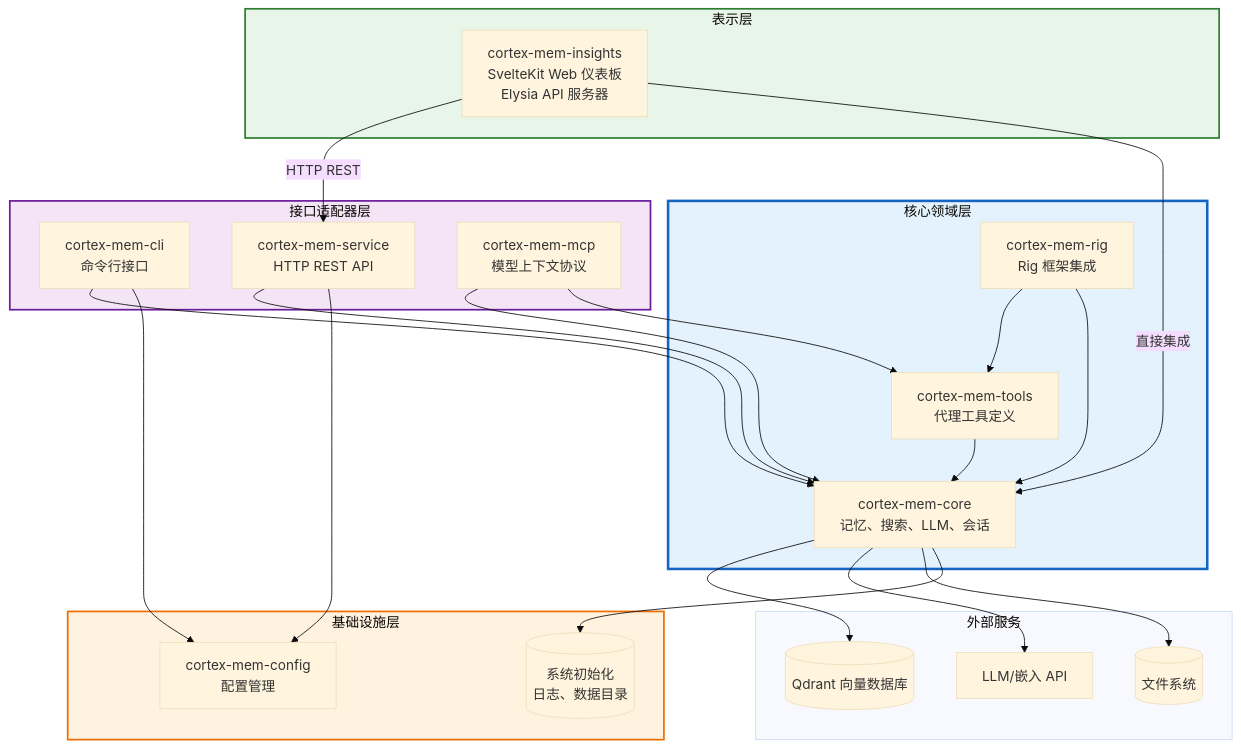
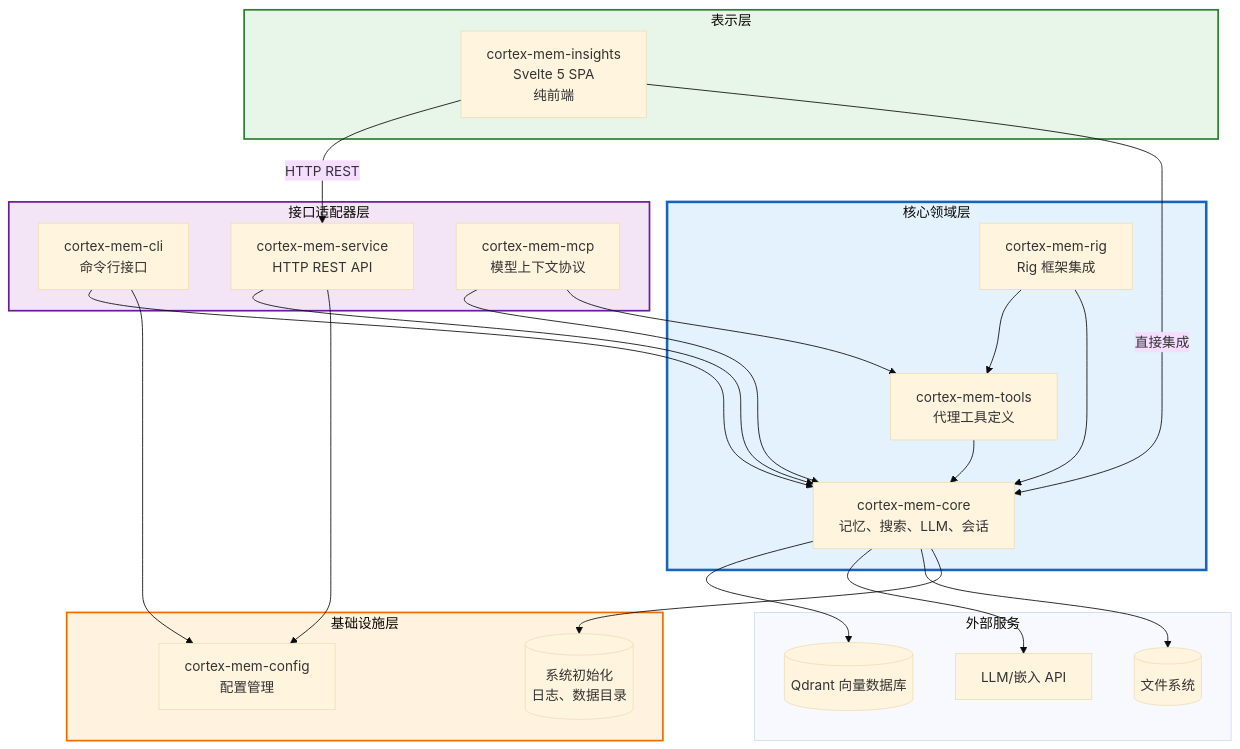
One commit to sopaco/cortex-mem changed the third of 13 diagrams in litho.docs/zh/2、架构概览.md. Above: the diagram before and after it, drawn with Mermaid (base theme). The commit also changed other lines of this file and 6 other files, not shown here.

````diff
--- a/litho.docs/zh/2、架构概览.md
+++ b/litho.docs/zh/2、架构概览.md
@@ -179,54 +176,54 @@
 ```mermaid
 flowchart TB
     subgraph Infrastructure["基础设施层"]
         Config[cortex-mem-config<br/>配置管理]
         Init[(系统初始化<br/>日志、数据目录)]
     end
     
     subgraph CoreDomain["核心领域层"]
         CoreLib[cortex-mem-core<br/>记忆、搜索、LLM、会话]
         ToolsLib[cortex-mem-tools<br/>代理工具定义]
         RigInt[cortex-mem-rig<br/>Rig 框架集成]
     end
     
     subgraph InterfaceAdapters["接口适配器层"]
         CLI[cortex-mem-cli<br/>命令行接口]
         Service[cortex-mem-service<br/>HTTP REST API]
         MCP[cortex-mem-mcp<br/>模型上下文协议]
     end
     
     subgraph Presentation["表示层"]
-        Insights[cortex-mem-insights<br/>SvelteKit Web 仪表板<br/>Elysia API 服务器]
+        Insights[cortex-mem-insights<br/>Svelte 5 SPA<br/>纯前端]
     end
     
     subgraph External["外部服务"]
         Qdrant[(Qdrant 向量数据库)]
         LLM[LLM/嵌入 API]
         FS[(文件系统)]
     end
     
     %% 依赖 - 向内流动
     CLI --> CoreLib
     CLI --> Config
     Service --> CoreLib
     Service --> Config
     MCP --> CoreLib
     MCP --> ToolsLib
     
     ToolsLib --> CoreLib
     RigInt --> ToolsLib
     RigInt --> CoreLib
     
     Insights -->|HTTP REST| Service
     Insights -->|直接集成| CoreLib
     
     CoreLib --> Qdrant
     CoreLib --> LLM
     CoreLib --> FS
     CoreLib --> Init
     
     style CoreDomain fill:#e3f2fd,stroke:#1565c0,stroke-width:3px
     style InterfaceAdapters fill:#f3e5f5,stroke:#6a1b9a,stroke-width:2px
     style Presentation fill:#e8f5e9,stroke:#2e7d32,stroke-width:2px
     style Infrastructure fill:#fff3e0,stroke:#ef6c00,stroke-width:2px
 ```
````
